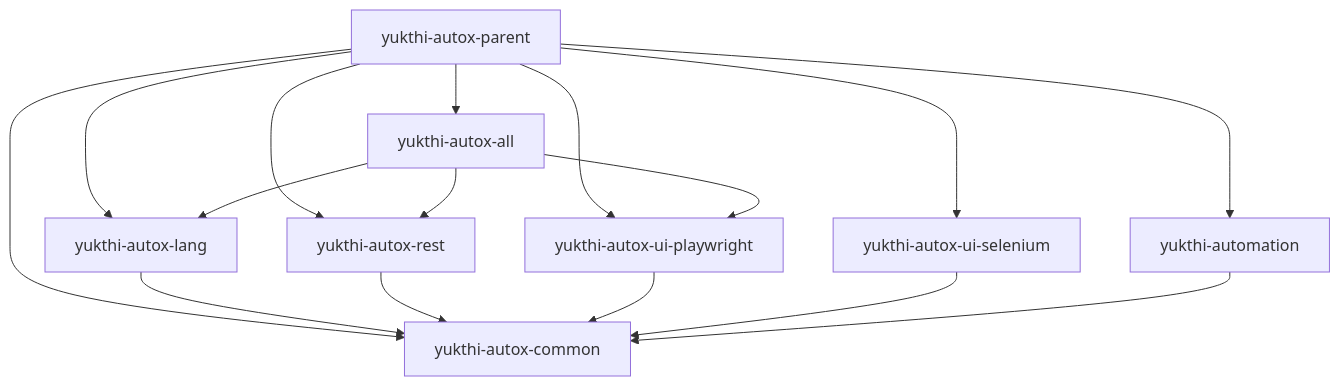
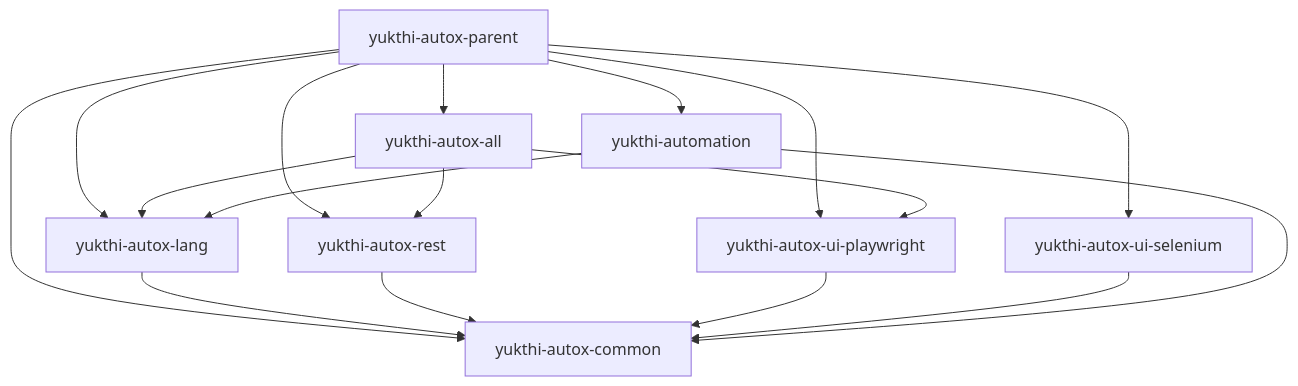
Before and after one commit to yukthitech/autox: the diagram in yukthi-autox/docs/llm-docs/15-module-structure.md, drawn with Mermaid. The commit also changed other lines of this file and 9 other files, not shown here.

````diff
--- a/yukthi-autox/docs/llm-docs/15-module-structure.md
+++ b/yukthi-autox/docs/llm-docs/15-module-structure.md
@@ -30,28 +30,29 @@
 ```mermaid
 flowchart TB
   parent[yukthi-autox-parent]
   common[yukthi-autox-common]
   lang[yukthi-autox-lang]
   rest[yukthi-autox-rest]
   pw[yukthi-autox-ui-playwright]
   sel[yukthi-autox-ui-selenium]
   all[yukthi-autox-all]
   auto[yukthi-automation]
 
   parent --> common
   parent --> lang
   parent --> rest
   parent --> pw
   parent --> sel
   parent --> all
   parent --> auto
 
   lang --> common
   rest --> common
   pw --> common
   sel --> common
   all --> lang
   all --> rest
   all --> pw
   auto --> common
+  auto --> lang
 ```
````
